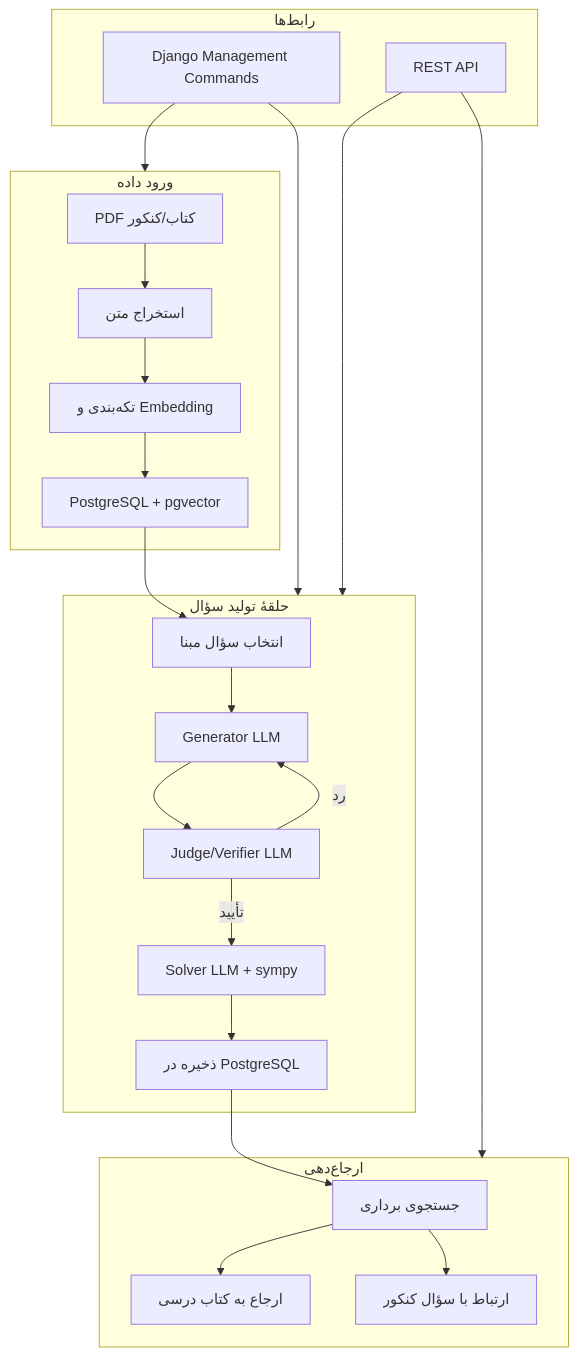
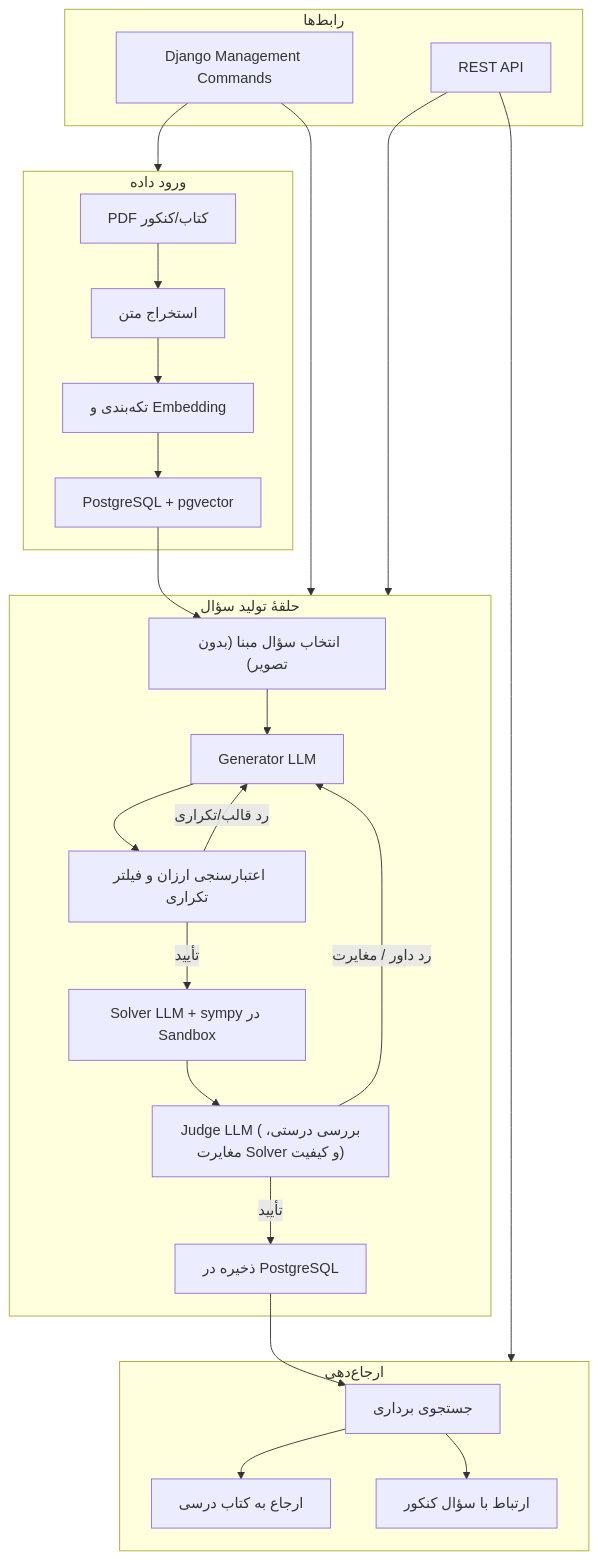
Before and after one commit to mjavadhm/gama-bama: the diagram in docs/architecture.md, drawn with Mermaid. The commit also changed other lines of this file and 9 other files, not shown here.

````diff
--- a/docs/architecture.md
+++ b/docs/architecture.md
@@ -45,33 +68,35 @@
 ```mermaid
 flowchart TD
     subgraph ورود["ورود داده"]
         PDF["PDF کتاب/کنکور"] --> Extract["استخراج متن"]
         Extract --> Chunk["تکه‌بندی و Embedding"]
         Chunk --> PG["PostgreSQL + pgvector"]
     end
 
     subgraph تولید["حلقهٔ تولید سؤال"]
-        Select["انتخاب سؤال مبنا"] --> Gen["Generator LLM"]
-        Gen --> Judge["Judge/Verifier LLM"]
-        Judge -->|رد| Gen
-        Judge -->|تأیید| Solver["Solver LLM + sympy"]
-        Solver --> Store["ذخیره در PostgreSQL"]
+        Select["انتخاب سؤال مبنا (بدون تصویر)"] --> Gen["Generator LLM"]
+        Gen --> Cheap["اعتبارسنجی ارزان و فیلتر تکراری"]
+        Cheap -->|"رد قالب/تکراری"| Gen
+        Cheap -->|"تأیید"| Solver["Solver LLM + sympy در Sandbox"]
+        Solver --> Judge["Judge LLM (بررسی درستی، مغایرت Solver و کیفیت)"]
+        Judge -->|"رد داور / مغایرت"| Gen
+        Judge -->|"تأیید"| Store["ذخیره در PostgreSQL"]
     end
 
     subgraph ارجاع["ارجاع‌دهی"]
         Store --> Ref["جستجوی برداری"]
         Ref --> Book["ارجاع به کتاب درسی"]
         Ref --> Exam["ارتباط با سؤال کنکور"]
     end
 
     subgraph رابط["رابط‌ها"]
         CLI["Django Management Commands"]
         API["REST API"]
     end
 
     PG --> Select
     CLI --> ورود
     CLI --> تولید
     API --> تولید
     API --> ارجاع
 ```
````
